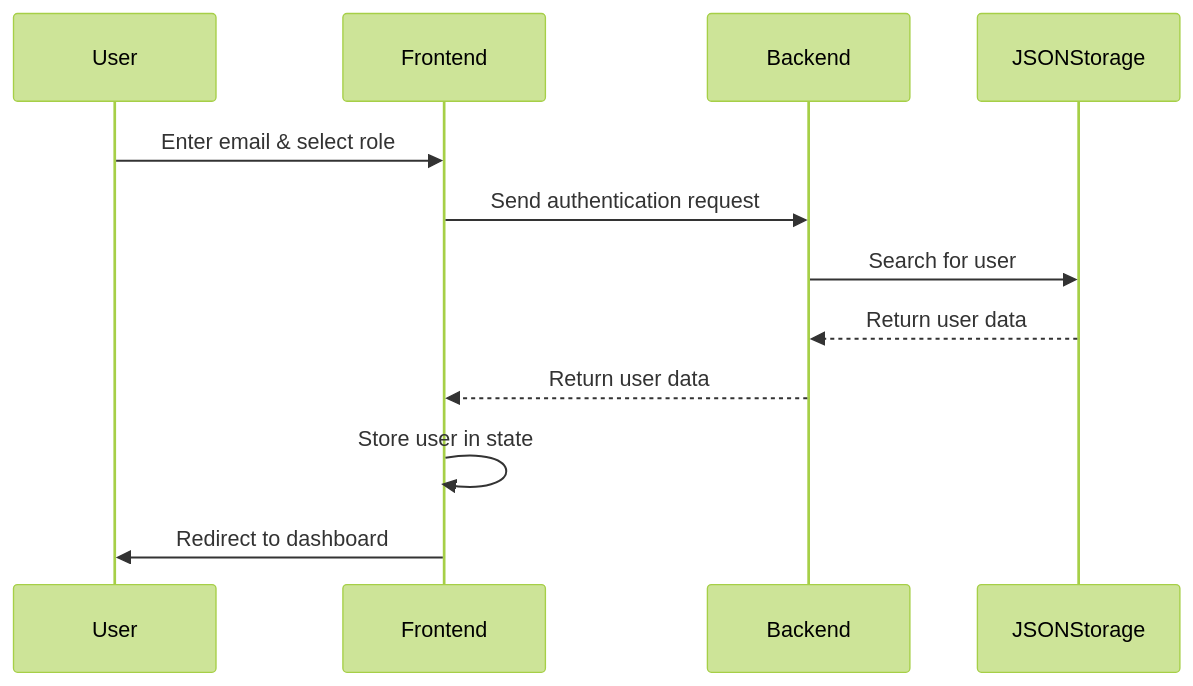
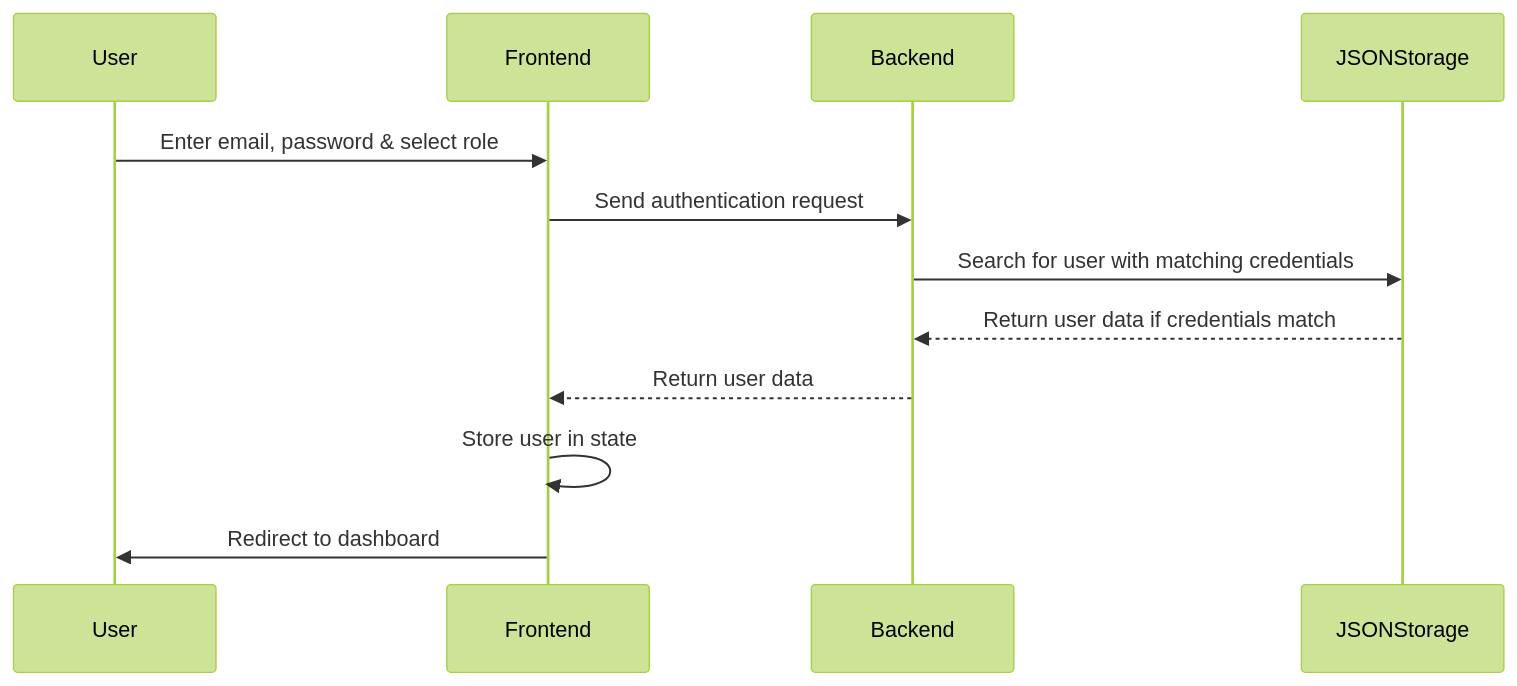
The first of 5 diagrams in documentation.md (srisrihari/PEP-App-Demo-), drawn with Mermaid (forest theme) before and after one commit. The commit also changed other lines of this file and 3 other files, not shown here.

````diff
--- a/documentation.md
+++ b/documentation.md
@@ -250,15 +316,15 @@
 ```mermaid
 sequenceDiagram
     participant User
     participant Frontend
     participant Backend
     participant JSONStorage
     
-    User->>Frontend: Enter email & select role
+    User->>Frontend: Enter email, password & select role
     Frontend->>Backend: Send authentication request
-    Backend->>JSONStorage: Search for user
-    JSONStorage-->>Backend: Return user data
+    Backend->>JSONStorage: Search for user with matching credentials
+    JSONStorage-->>Backend: Return user data if credentials match
     Backend-->>Frontend: Return user data
     Frontend->>Frontend: Store user in state
     Frontend->>User: Redirect to dashboard
 ```
````
